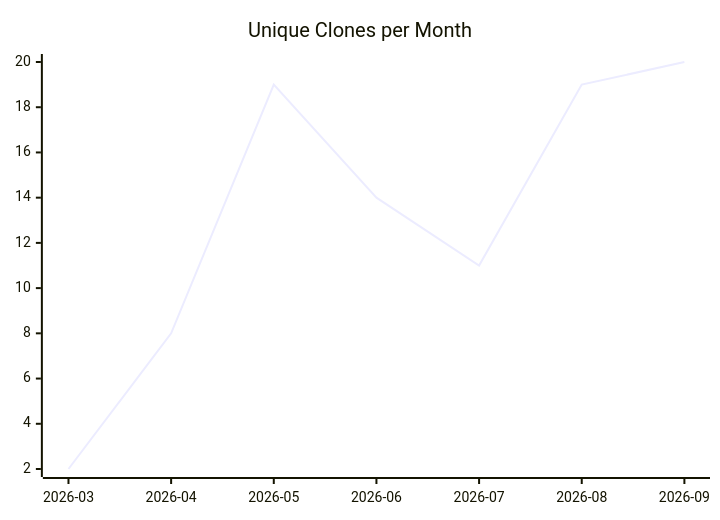
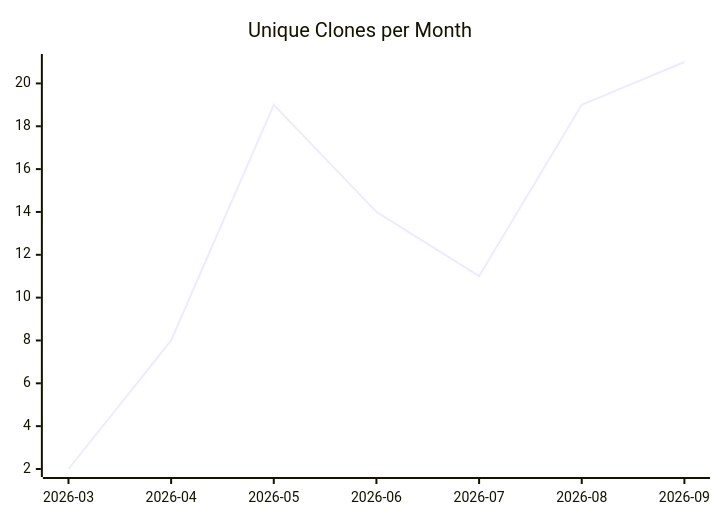
Before and after one commit to justdavis-family/github-analytics-data: the third of 3 diagrams in karlmdavis/rps-tourney/README.md, drawn with Mermaid. The commit also changed other lines of this file and 191 other files, not shown here.

````diff
--- a/karlmdavis/rps-tourney/README.md
+++ b/karlmdavis/rps-tourney/README.md
@@ -19,6 +19,6 @@
 ```mermaid
 xychart-beta
   title "Unique Clones per Month"
   x-axis ["2026-03", "2026-04", "2026-05", "2026-06", "2026-07", "2026-08", "2026-09"]
-  line [2, 8, 19, 14, 11, 19, 20]
+  line [2, 8, 19, 14, 11, 19, 21]
 ```
````
